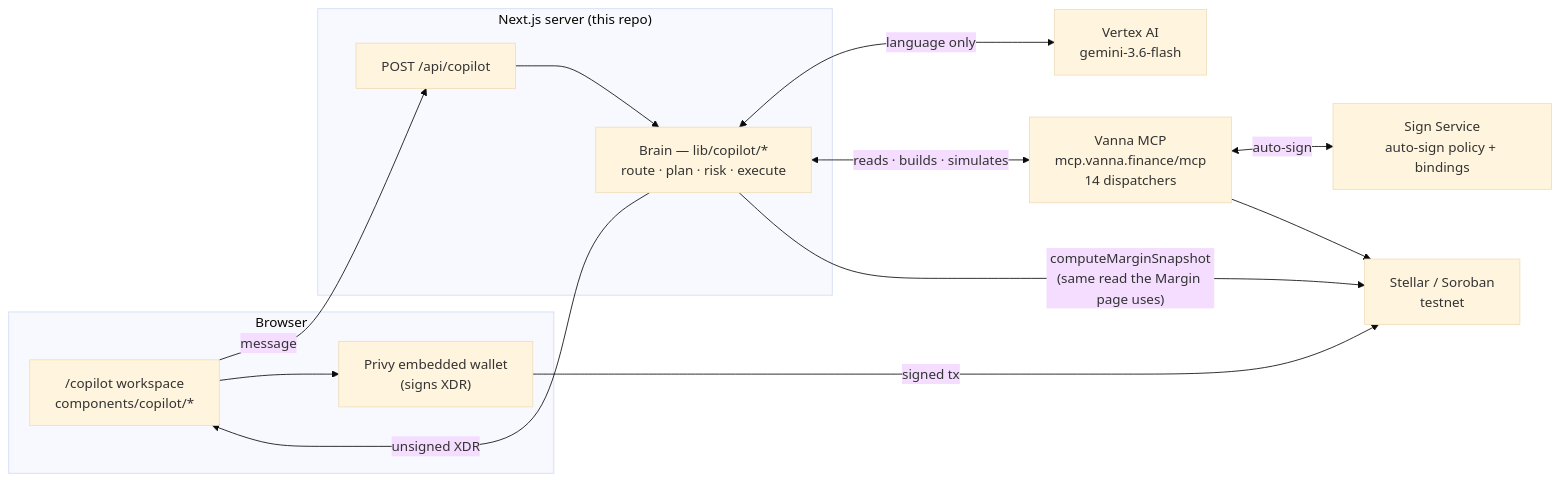
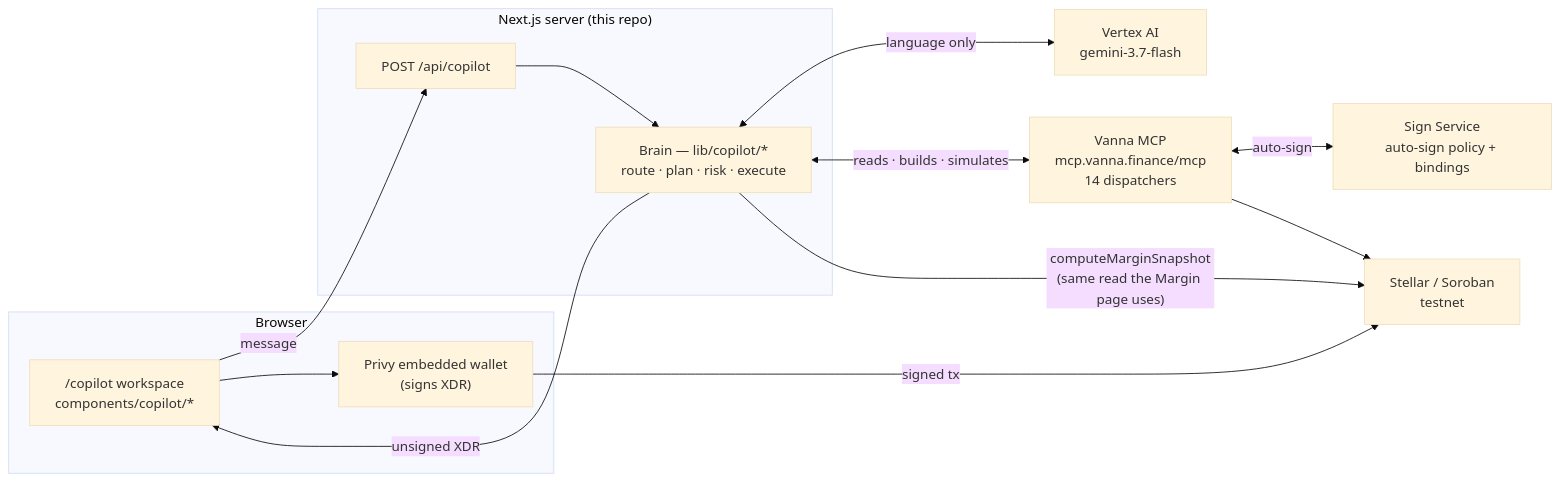
The first of 7 diagrams in docs/copilot/ARCHITECTURE.md (vannafinance/mercury-stellar-backend), drawn with Mermaid (base theme) before and after one commit. The commit also changed other lines of this file and 16 other files, not shown here.

````diff
--- a/docs/copilot/ARCHITECTURE.md
+++ b/docs/copilot/ARCHITECTURE.md
@@ -22,24 +22,24 @@
 ```mermaid
 flowchart LR
   subgraph Browser
     UI["/copilot workspace<br/>components/copilot/*"]
     W["Privy embedded wallet<br/>(signs XDR)"]
   end
   subgraph NextServer["Next.js server (this repo)"]
     API["POST /api/copilot"]
     BRAIN["Brain — lib/copilot/*<br/>route · plan · risk · execute"]
   end
   MCP["Vanna MCP<br/>mcp.vanna.finance/mcp<br/>14 dispatchers"]
   SIGN["Sign Service<br/>auto-sign policy + bindings"]
   CHAIN["Stellar / Soroban<br/>testnet"]
-  VTX["Vertex AI<br/>gemini-3.6-flash"]
+  VTX["Vertex AI<br/>gemini-3.7-flash"]
 
   UI -->|"message"| API --> BRAIN
   BRAIN <-->|"language only"| VTX
   BRAIN <-->|"reads · builds · simulates"| MCP
   MCP <-->|"auto-sign"| SIGN
   BRAIN -->|"unsigned XDR"| UI
   UI --> W -->|"signed tx"| CHAIN
   MCP --> CHAIN
   BRAIN -->|"computeMarginSnapshot<br/>(same read the Margin page uses)"| CHAIN
 ```
````
